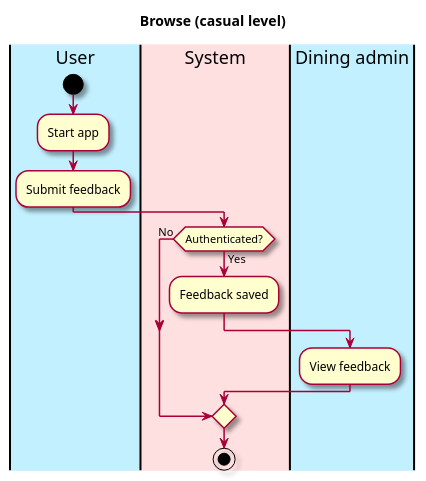
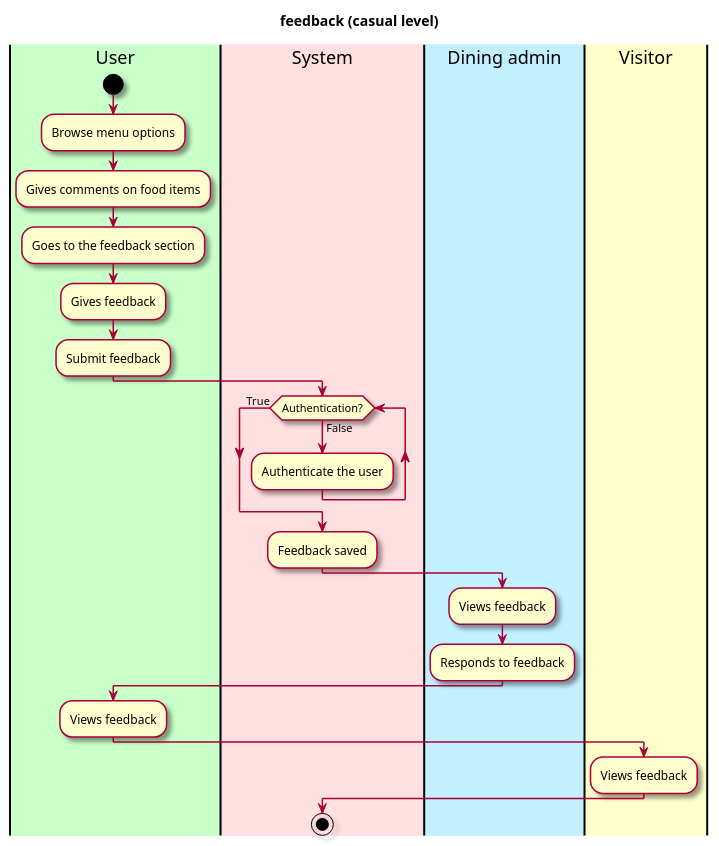
The diagram in intellij/doc/use-cases/use-case-feedback.md (EzekielEkanem/team-1d), drawn with PlantUML before and after one commit. The commit also changed other lines of this file and 2 other files, not shown here.

Commit message:
Updated browse, feedback and non-functional-spec usecases

````diff
--- a/intellij/doc/use-cases/use-case-feedback.md
+++ b/intellij/doc/use-cases/use-case-feedback.md
@@ -24,38 +28,48 @@
 ```plantuml
 @startuml
 
 skin rose
 
-title Browse (casual level)
+title feedback (casual level)
 
 'define the lanes
 
-|#application|User|
+|#technology|User|
 |#implementation|System|
 |#application|Dining admin|
+|#business|Visitor|
 
 
 |User|
 
 start
 
-:Start app;
+:Browse menu options;
+:Gives comments on food items;
+:Goes to the feedback section;
+:Gives feedback;
 :Submit feedback;
 
 |System|
 
-if (Authenticated?) then (Yes)
-    :Feedback saved;
+while (Authentication?) is (False)
+  :Authenticate the user;
+endwhile (True)
+:Feedback saved;
     
 |Dining admin|
 
-:View feedback;
+:Views feedback;
+:Responds to feedback;
+
+|User| 
+:Views feedback;
+
+|Visitor|
+:Views feedback;
 
 |System|
-
-else (No)
-endif
 
 stop
 @enduml
 ```
````
